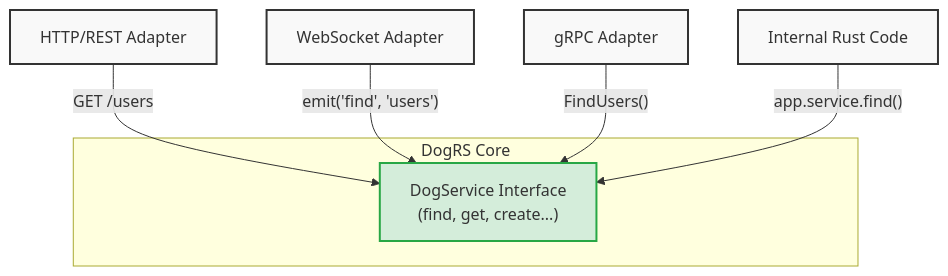
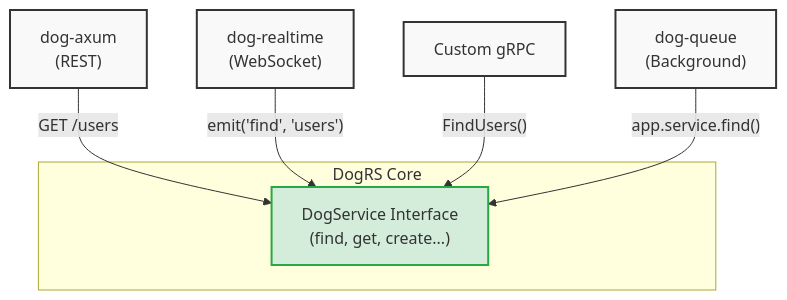
The second of 3 diagrams in docs/design.md (Jitpomi/dogrs), drawn with Mermaid before and after one commit. The commit also changed other lines of this file and 3 other files, not shown here.

Commit message:
docs: comprehensive rewrite of workspace docs to simplify tone, add mermaid diagrams, and integrate dog-queue

````diff
--- a/docs/design.md
+++ b/docs/design.md
@@ -120,17 +117,17 @@
 ```mermaid
 graph TD
     %% Adapters
-    HTTP["HTTP/REST Adapter"] --> |"GET /users"| DS
-    WS["WebSocket Adapter"] --> |"emit('find', 'users')"| DS
-    GRPC["gRPC Adapter"] --> |"FindUsers()"| DS
-    Internal["Internal Rust Code"] --> |"app.service.find()"| DS
+    HTTP["dog-axum<br>(REST)"] --> |"GET /users"| DS
+    WS["dog-realtime<br>(WebSocket)"] --> |"emit('find', 'users')"| DS
+    GRPC["Custom gRPC"] --> |"FindUsers()"| DS
+    Internal["dog-queue<br>(Background)"] --> |"app.service.find()"| DS
     
     %% Core Service
     subgraph "DogRS Core"
         DS["DogService Interface<br>(find, get, create...)"]
     end
     
     classDef default fill:#f9f9f9,stroke:#333,stroke-width:2px;
     classDef core fill:#d4edda,stroke:#28a745,stroke-width:2px;
     class DS core;
 ```
````
